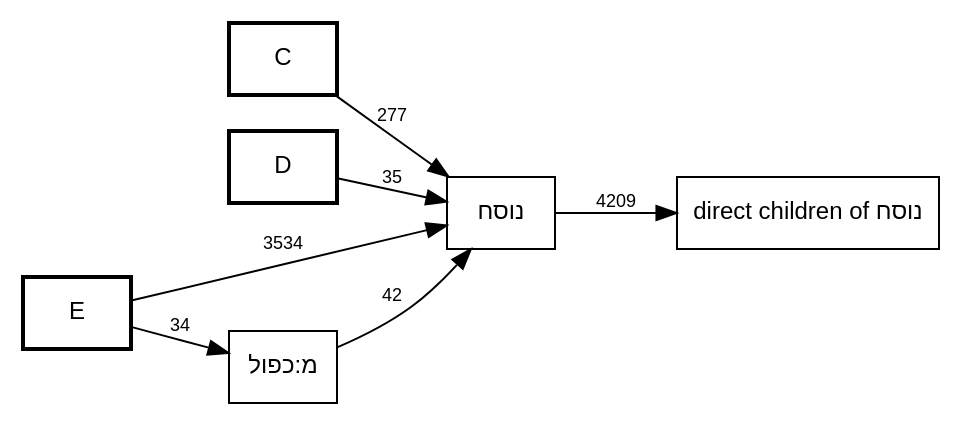
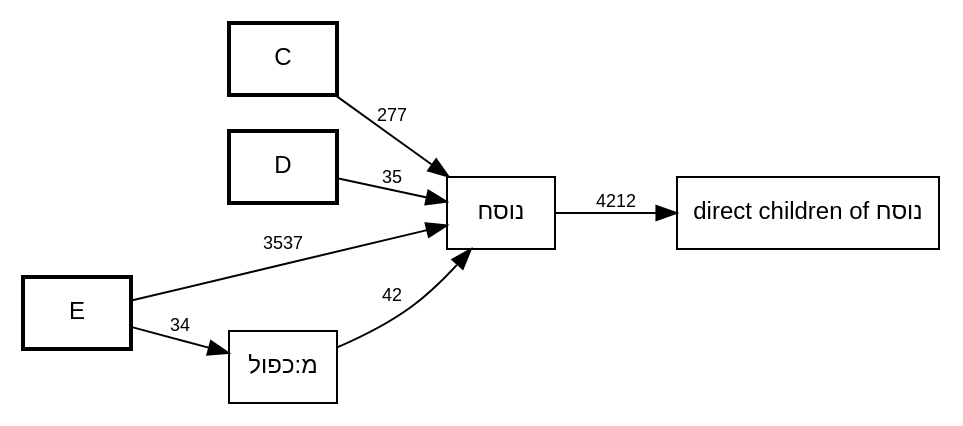
One commit to bdenckla/MAM-basics changed the diagram in out/MAM-tmpl-survey/plain-nusach-call-graph.dot. Above: the diagram before and after it, drawn with Graphviz. The commit also changed 12 other files, not shown here.

```diff
--- a/out/MAM-tmpl-survey/plain-nusach-call-graph.dot
+++ b/out/MAM-tmpl-survey/plain-nusach-call-graph.dot
@@ -1,68 +1,68 @@
 digraph template_call_graph {
     rankdir=LR;
     node [fontname="SBL Hebrew,Helvetica", fontsize=12];
     edge [fontname="Helvetica", fontsize=9];
 
     // Column nodes
     node [shape=box, style=bold];
     "C";
     "D";
     "E";
 
     // Template nodes
     node [shape=box, style=""];
     "direct children of נוסח" [tooltip="גלגל-2
 כו\"ק
 כתיב ולא קרי
 מ:אות מנוקדת
 מ:אות-ג
 מ:אות-ק
 מ:אין פרשה בתחילת פרק
 מ:אין פרשה בתחילת פרק בספרי אמ\"ת
 מ:גרש ותלישא גדולה
 מ:גרשיים ותלישא גדולה
 מ:דחי
 מ:טעם ומתג באות אחת
 מ:ירושלם
 מ:כו\"ק בין שני מקפים
 מ:כו\"ק כתיב מילה חדה וקרי תרתין מילין
 מ:כו\"ק כתיב מילה חדה וקרי תרתין מילין בין שני מקפים
 מ:כו\"ק כתיב תרתין מילין וקרי מילה חדה
 מ:כו\"ק קרי שונה מהכתיב בשתי מילים
 מ:כו\"ק של שלוש מילים בהערה אחת
 מ:כו\"ק של שתי מילים בהערה אחת
 מ:לגרמיה-2
 מ:מקף אפור
 מ:נו\"ן הפוכה
 מ:סיום בטוב
 מ:פסוק
 מ:פסק
 מ:צינור
 מ:קו\"כ כתיב מילה חדה וקרי תרתין מילין
 מ:קו\"כ קרי שונה מהכתיב בשתי מילים
 מ:קישור בהערה
 מ:קישור פנימי בהערה
 מ:קמץ
 מודגש
 סס
 ססס
 פפ
 פפפ
 קו\"כ
 קו\"כ-אם
 קרי ולא כתיב
 ר0
 ר1
 ר3
 ר4
 ש
 שני טעמים באות אחת קמץ-תחתון-פתח-עליון"];
 
     // Edges
     "C" -> "נוסח" [label="277"];
     "D" -> "נוסח" [label="35"];
     "E" -> "מ:כפול" [label="34"];
-    "E" -> "נוסח" [label="3534"];
+    "E" -> "נוסח" [label="3537"];
     "מ:כפול" -> "נוסח" [label="42"];
-    "נוסח" -> "direct children of נוסח" [label="4209"];
+    "נוסח" -> "direct children of נוסח" [label="4212"];
 }
```
